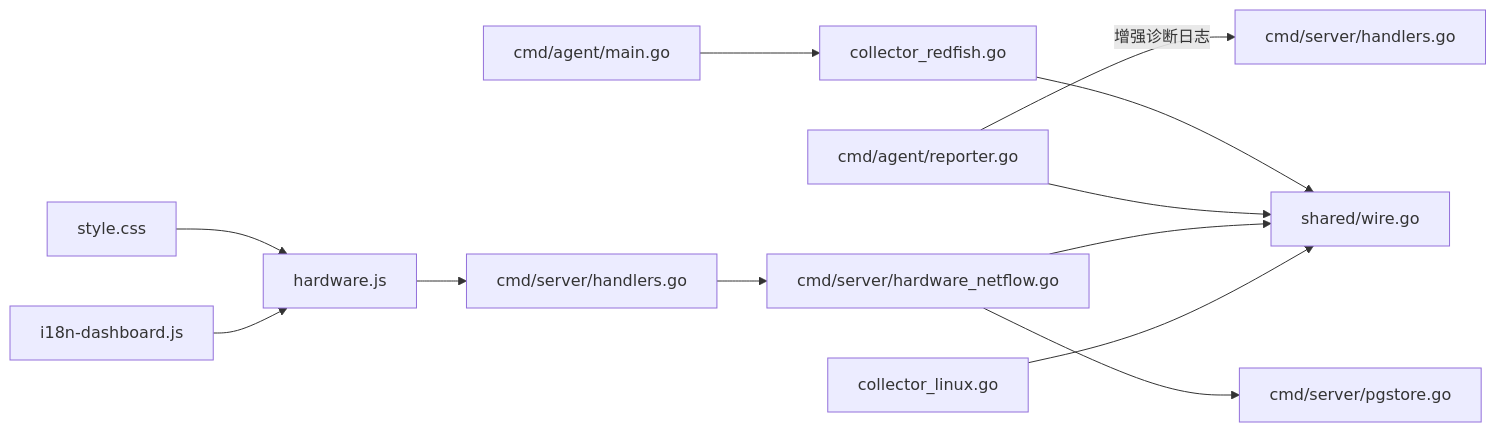
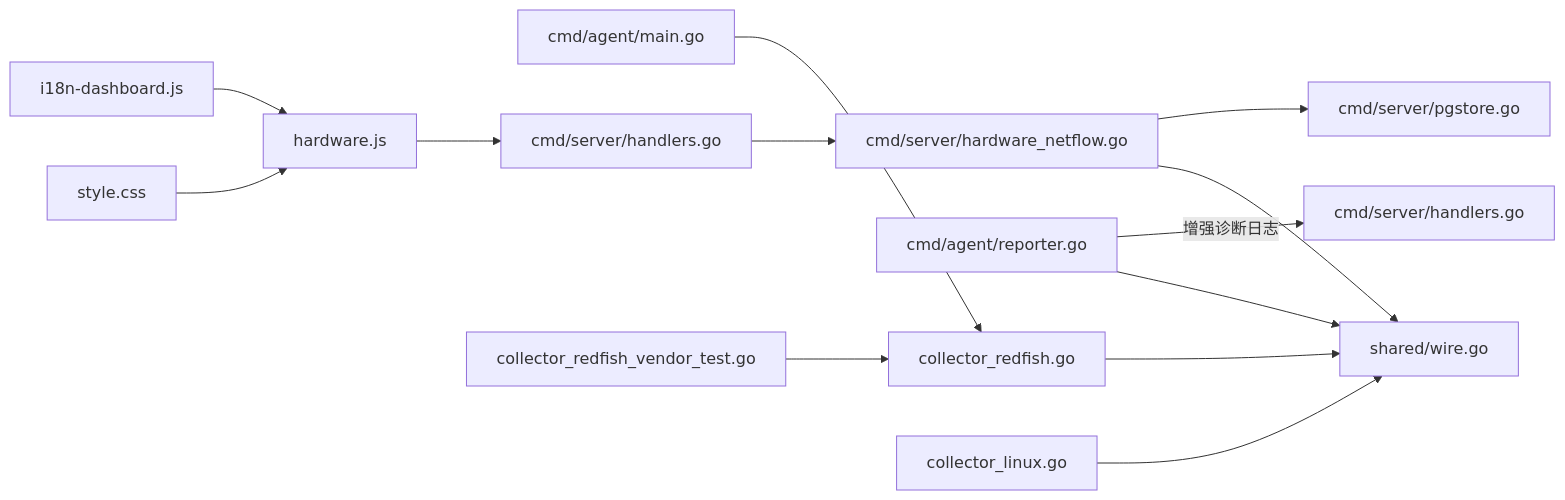
One commit to sreyun/aiops-monitor changed the sixth of 6 diagrams in .qoder/repowiki/zh/content/架构设计/Agent 客户端架构/Redfish硬件采集器.md. Above: the diagram before and after it, drawn with Mermaid. The commit also changed other lines of this file and 57 other files, not shown here.

First line of the commit message:
feat(v6.8.0): OceanStor存储采集器+硬件资产变更追溯+重复主机清理+Hermes硬件工具+flow_records分区改造

````diff
--- a/.qoder/repowiki/zh/content/架构设计/Agent 客户端架构/Redfish硬件采集器.md
+++ b/.qoder/repowiki/zh/content/架构设计/Agent 客户端架构/Redfish硬件采集器.md
@@ -837,14 +936,15 @@
 ```mermaid
 graph LR
 CR["collector_redfish.go"] --> SW["shared/wire.go"]
 AM["cmd/agent/main.go"] --> CR
 REP["cmd/agent/reporter.go"] --> SW
 REP --> |"增强诊断日志"| SV["cmd/server/handlers.go"]
 HG["cmd/server/handlers.go"] --> HN["cmd/server/hardware_netflow.go"]
 HN --> SW
 HN --> PS["cmd/server/pgstore.go"]
 LNX["collector_linux.go"] --> SW
+TEST["collector_redfish_vendor_test.go"] --> CR
 HWJS["hardware.js"] --> HG
 STYLE["style.css"] --> HWJS
 I18N["i18n-dashboard.js"] --> HWJS
 ```
````
